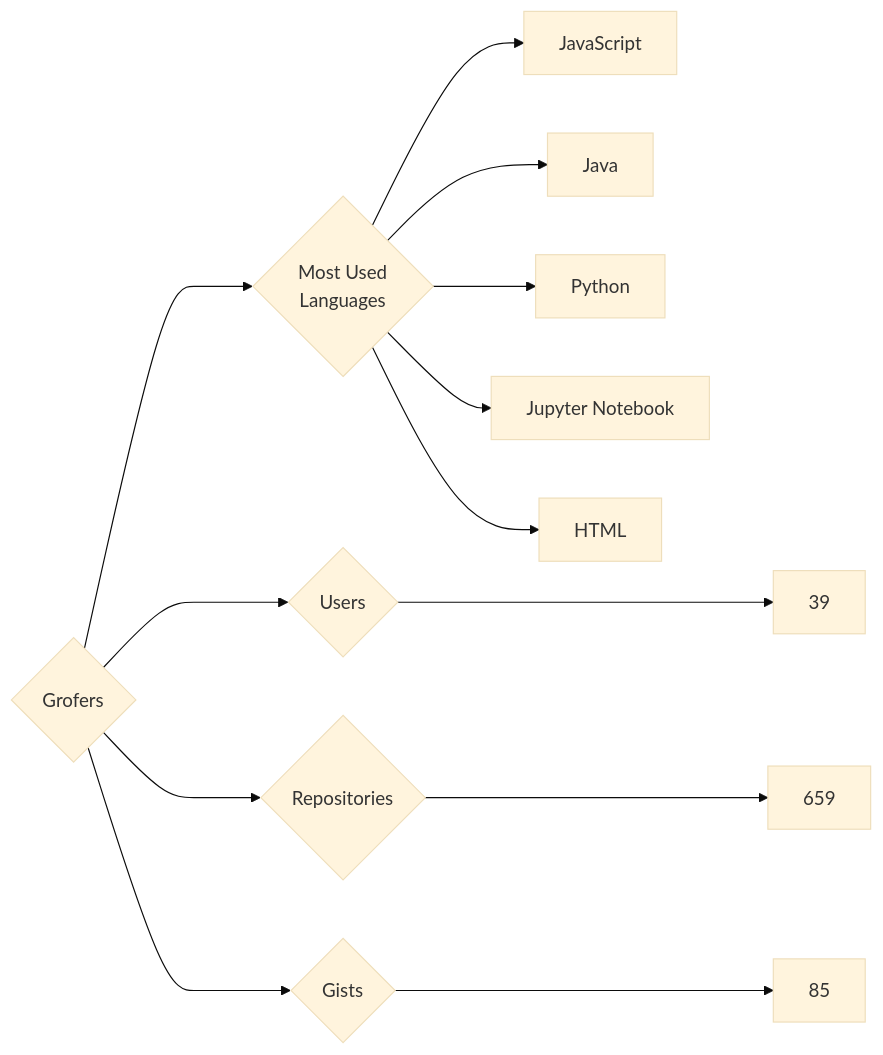
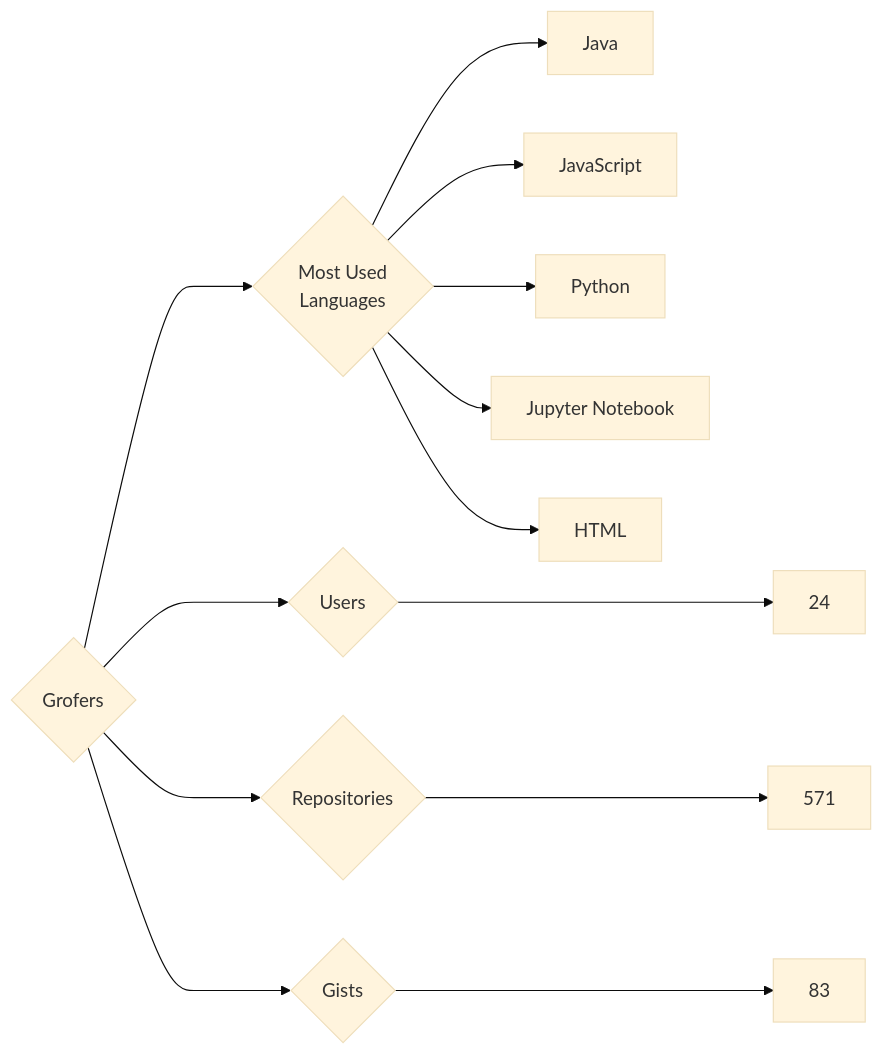
Before and after one commit to trickest/insiders: the diagram in targets/Grofers/README.md, drawn with Mermaid (base theme). The commit also changed 860 other files, not shown here.

````diff
--- a/targets/Grofers/README.md
+++ b/targets/Grofers/README.md
@@ -3,13 +3,13 @@
 ```mermaid
 graph LR
 COMPANY_NAME{Grofers}
-COMPANY_NAME ---> U{Users} ---> UN[39]
-COMPANY_NAME ---> R{Repositories} ---> RN[659]
-COMPANY_NAME ---> G{Gists} ---> GN[85]
+COMPANY_NAME ---> U{Users} ---> UN[24]
+COMPANY_NAME ---> R{Repositories} ---> RN[571]
+COMPANY_NAME ---> G{Gists} ---> GN[83]
 COMPANY_NAME ---> ML{Most Used<br>Languages}
+ML --> Java[Java]
 ML --> JavaScript[JavaScript]
-ML --> Java[Java]
 ML --> Python[Python]
 ML --> Jupyter_Notebook[Jupyter Notebook]
 ML --> HTML[HTML]
 ```
````
